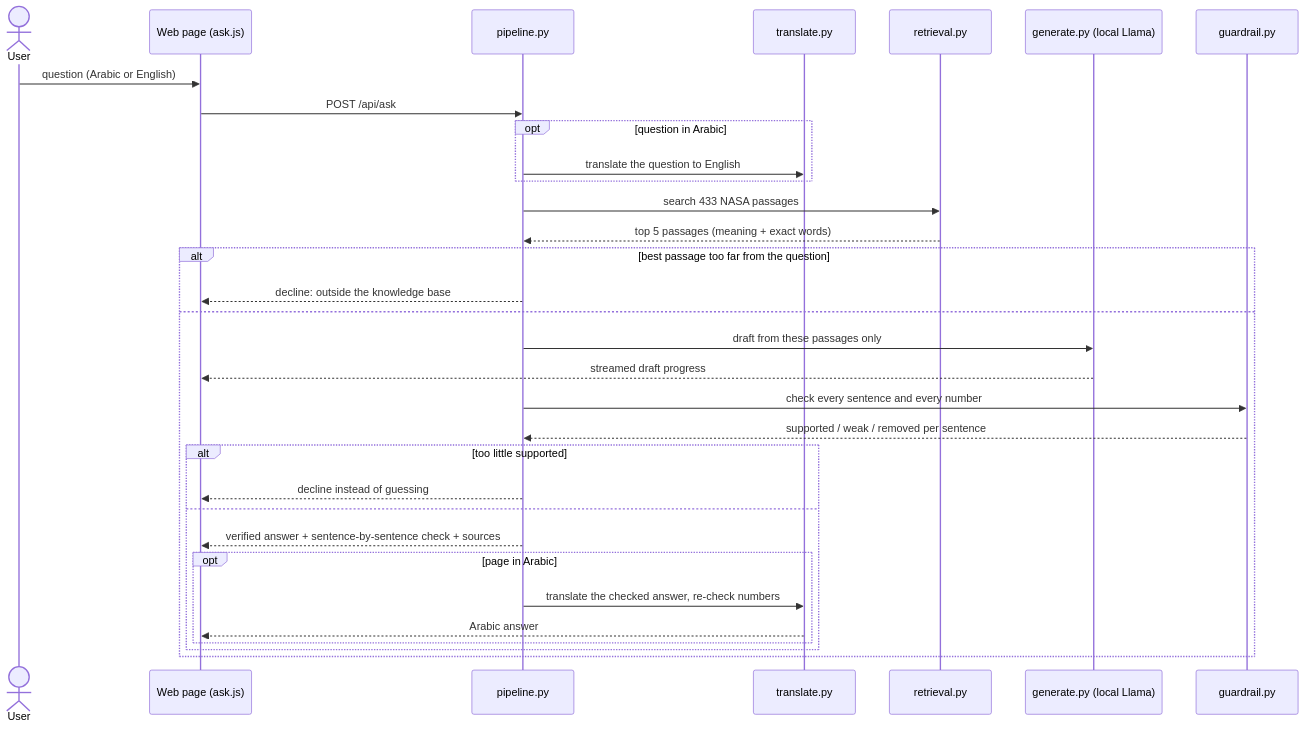
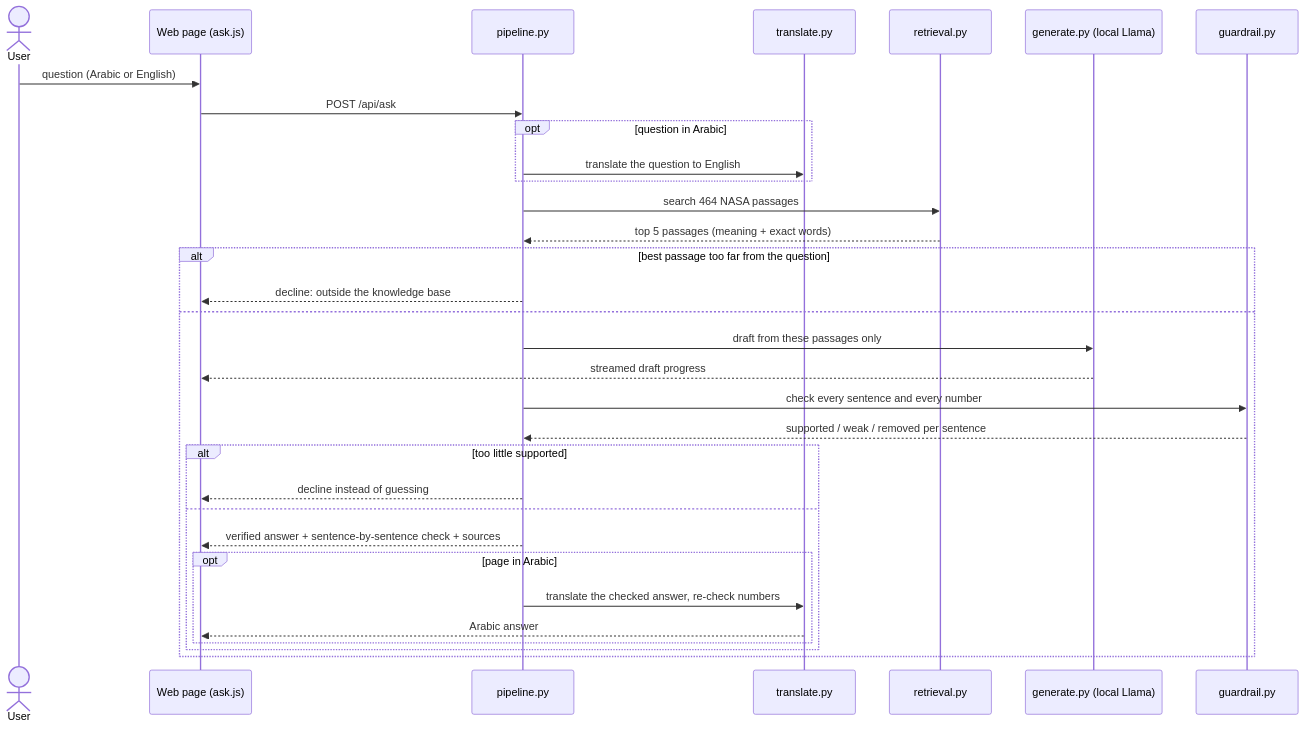
Before and after one commit to mariadwaghrh/flame-in-freefall: the second of 2 diagrams in ARCHITECTURE.md, drawn with Mermaid. The commit also changed other lines of this file and 9 other files, not shown here.

````diff
--- a/ARCHITECTURE.md
+++ b/ARCHITECTURE.md
@@ -70,35 +70,35 @@
 ```mermaid
 sequenceDiagram
     actor U as User
     participant W as Web page (ask.js)
     participant P as pipeline.py
     participant T as translate.py
     participant R as retrieval.py
     participant G as generate.py (local Llama)
     participant C as guardrail.py
 
     U->>W: question (Arabic or English)
     W->>P: POST /api/ask
     opt question in Arabic
         P->>T: translate the question to English
     end
-    P->>R: search 433 NASA passages
+    P->>R: search 464 NASA passages
     R-->>P: top 5 passages (meaning + exact words)
     alt best passage too far from the question
         P-->>W: decline: outside the knowledge base
     else
         P->>G: draft from these passages only
         G-->>W: streamed draft progress
         P->>C: check every sentence and every number
         C-->>P: supported / weak / removed per sentence
         alt too little supported
             P-->>W: decline instead of guessing
         else
             P-->>W: verified answer + sentence-by-sentence check + sources
             opt page in Arabic
                 P->>T: translate the checked answer, re-check numbers
                 T-->>W: Arabic answer
             end
         end
     end
 ```
````
